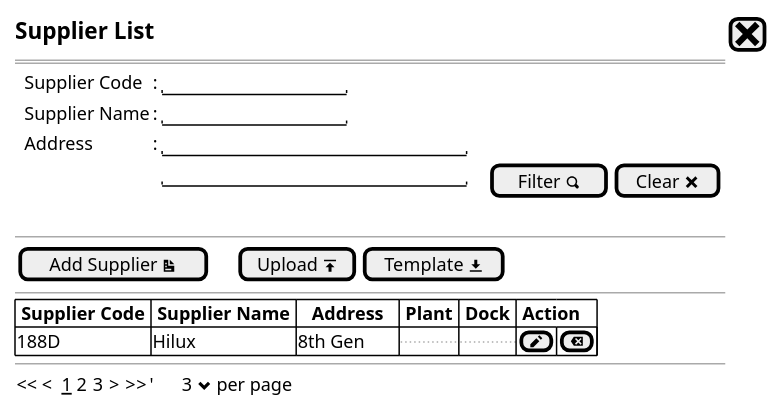
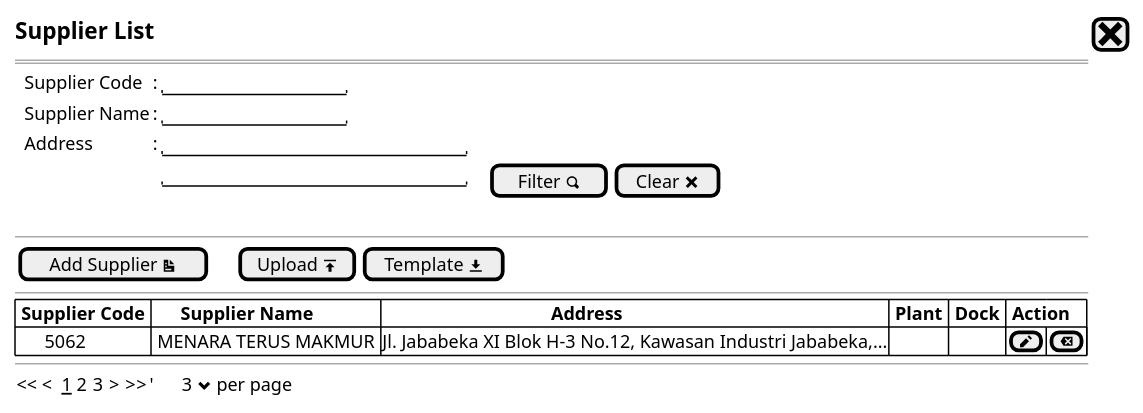
Before and after one commit to ari-fikri/packing-cost-mockup: the diagram in Supplier Service/Supplier - newstep0a.puml, drawn with PlantUML. The commit also changed 5 other files, not shown here.

```diff
--- a/Supplier Service/Supplier - newstep0a.puml
+++ b/Supplier Service/Supplier - newstep0a.puml
@@ -1,27 +1,28 @@
 @startsalt
 {
  <size:15><b>Supplier List |[<size:25><&x>]|*
   ==
   {
       .|Supplier Code  |: |"               "|*
       .|Supplier Name  |: |"               "|*
       .|Address        |: |"                         "|*      
       .|.              |. |"                         "|.|.|[Filter <&magnifying-glass>]| [Clear <&x>]|*      
   }
   .
   --
   {
   [Add Supplier <&document>]|.|.|.|[Upload <&data-transfer-upload>]| [Template <&data-transfer-download>]|* 
   }
   --
   {#
-    |<b> Supplier Code |<b> Supplier Name |<b>   Address   |<b> Plant |<b> Dock |<b> Action |*|*|*
-    |  188D            | Hilux            | 8th Gen        | ..       |..       |[<&pencil>]|[<&delete>]|*
+    |<b> Supplier Code |<b>      Supplier Name   |<b>                                    Address                                  |<b> Plant  |<b> Dock |<b> Action |*|*|*
+    |      5062	       | MENARA TERUS MAKMUR 		                  |Jl. Jababeka XI Blok H-3 No.12, Kawasan Industri Jababeka,...  |.          |.        |[<&pencil>]|[<&delete>]|*
+
   }
   --
   {
   << <  __1__ 2 3  > >>  |'      3 <&chevron-bottom> per page |*
   }
 
 }
 @endsalt
```
